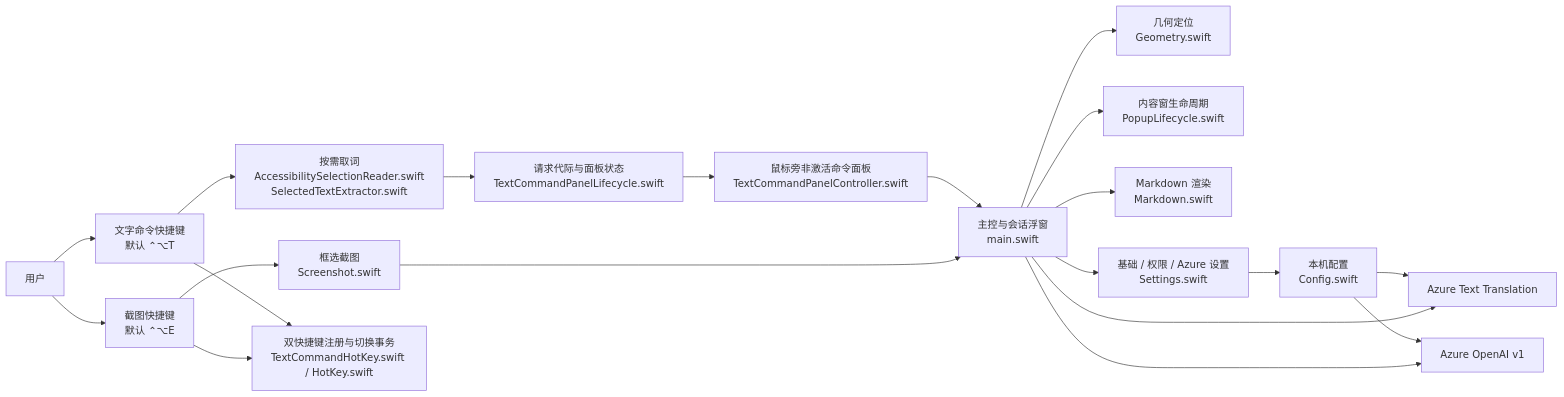
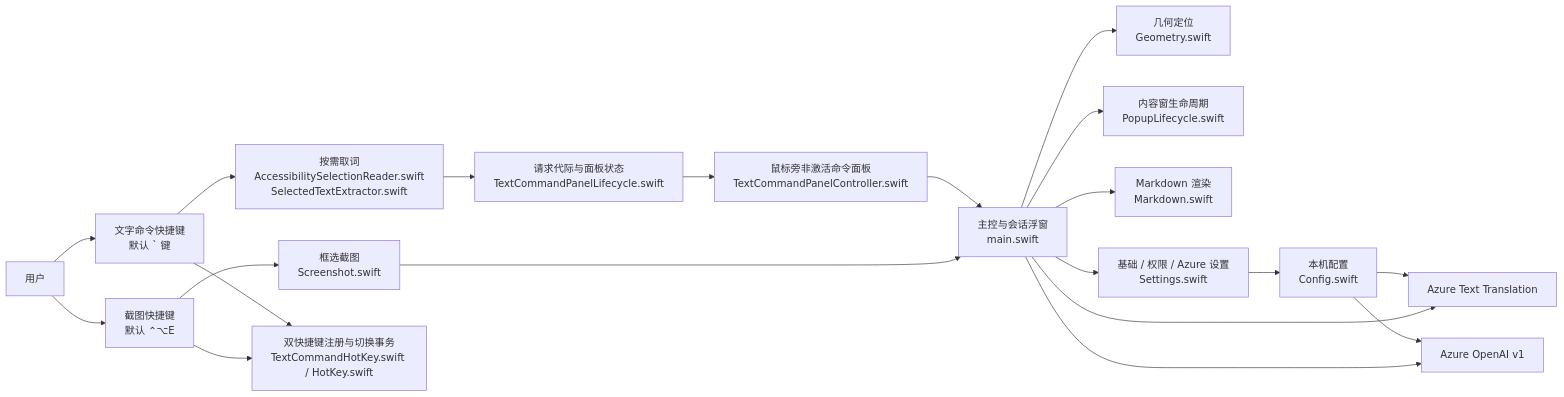
Before and after one commit to Sofiawuh/Glint: the first of 2 diagrams in docs/architecture/overview.md, drawn with Mermaid. The commit also changed other lines of this file and 15 other files, not shown here.

````diff
--- a/docs/architecture/overview.md
+++ b/docs/architecture/overview.md
@@ -7,22 +7,22 @@
 ```mermaid
 flowchart LR
-    User["用户"] --> TextHotKey["文字命令快捷键\n默认 ⌃⌥T"]
+    User["用户"] --> TextHotKey["文字命令快捷键\n默认 ` 键"]
     User --> ScreenshotHotKey["截图快捷键\n默认 ⌃⌥E"]
     TextHotKey --> Extractor["按需取词\nAccessibilitySelectionReader.swift\nSelectedTextExtractor.swift"]
     Extractor --> CommandState["请求代际与面板状态\nTextCommandPanelLifecycle.swift"]
     CommandState --> CommandUI["鼠标旁非激活命令面板\nTextCommandPanelController.swift"]
     CommandUI --> AppCore["主控与会话浮窗\nmain.swift"]
     ScreenshotHotKey --> Capture["框选截图\nScreenshot.swift"]
     Capture --> AppCore
     AppCore --> Geo["几何定位\nGeometry.swift"]
     AppCore --> PopupState["内容窗生命周期\nPopupLifecycle.swift"]
     AppCore --> Markdown["Markdown 渲染\nMarkdown.swift"]
     AppCore --> Settings["基础 / 权限 / Azure 设置\nSettings.swift"]
     TextHotKey --> HotKeyDomain["双快捷键注册与切换事务\nTextCommandHotKey.swift / HotKey.swift"]
     ScreenshotHotKey --> HotKeyDomain
     Settings --> Config["本机配置\nConfig.swift"]
     Config --> Translator["Azure Text Translation"]
     Config --> GPT["Azure OpenAI v1"]
     AppCore --> Translator
     AppCore --> GPT
 ```
````
